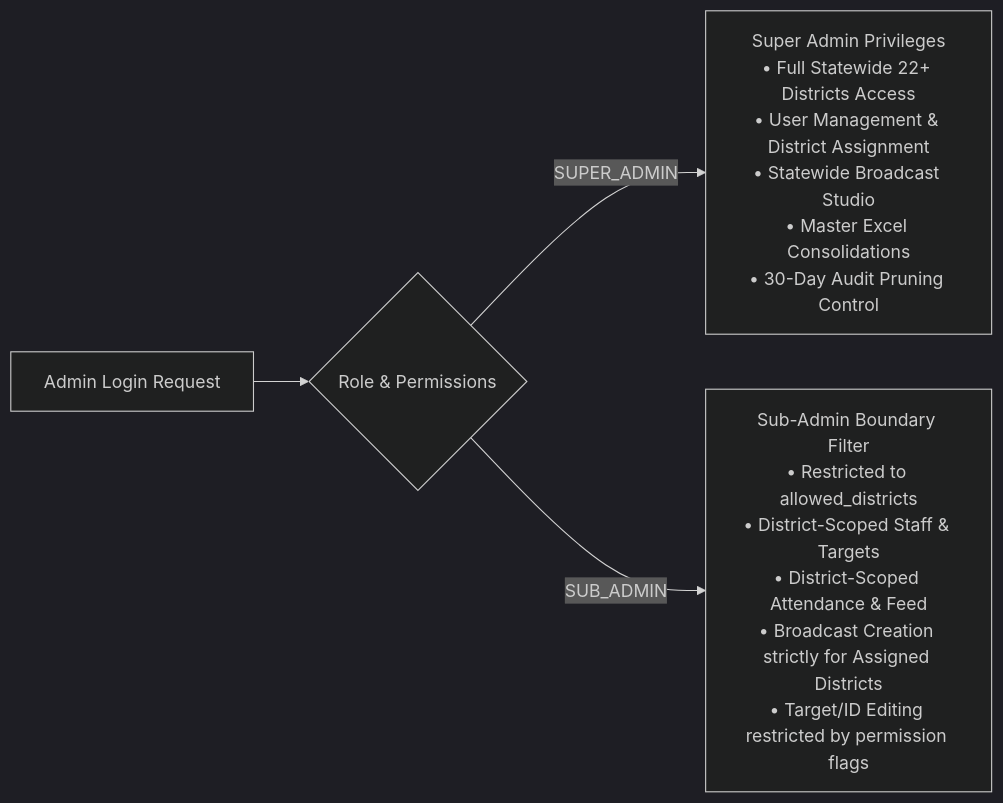
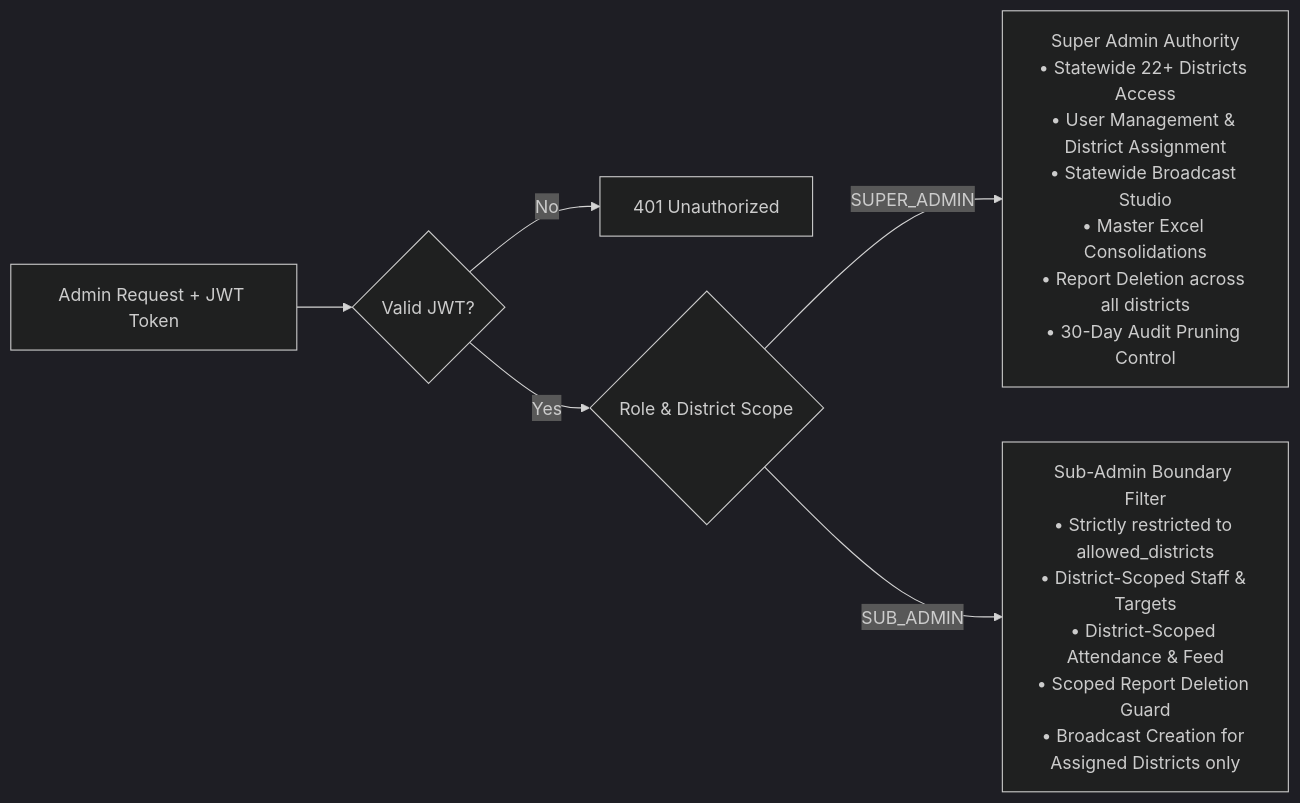
The third of 3 diagrams in ARCHITECTURE.md (evilsaurav/dfy-mis-app), drawn with Mermaid (dark theme) before and after one commit. The commit also changed other lines of this file and 2 other files, not shown here.

Commit message:
docs: update ARCHITECTURE.md, DESIGN.md, and README.md with offline PIN, morning rollover, force-refresh, rollups, and day deletion

````diff
--- a/ARCHITECTURE.md
+++ b/ARCHITECTURE.md
@@ -214,6 +189,8 @@
 ```mermaid
 flowchart LR
-    User[Admin Login Request] --> CheckRole{Role & Permissions}
-    CheckRole -->|SUPER_ADMIN| SuperAccess["Super Admin Privileges<br/>• Full Statewide 22+ Districts Access<br/>• User Management & District Assignment<br/>• Statewide Broadcast Studio<br/>• Master Excel Consolidations<br/>• 30-Day Audit Pruning Control"]
-    CheckRole -->|SUB_ADMIN| SubFilter["Sub-Admin Boundary Filter<br/>• Restricted to allowed_districts<br/>• District-Scoped Staff & Targets<br/>• District-Scoped Attendance & Feed<br/>• Broadcast Creation strictly for Assigned Districts<br/>• Target/ID Editing restricted by permission flags"]
+    User[Admin Request + JWT Token] --> VerifyToken{Valid JWT?}
+    VerifyToken -->|No| Reject[401 Unauthorized]
+    VerifyToken -->|Yes| CheckRole{Role & District Scope}
+    CheckRole -->|SUPER_ADMIN| SuperAccess["Super Admin Authority<br/>• Statewide 22+ Districts Access<br/>• User Management & District Assignment<br/>• Statewide Broadcast Studio<br/>• Master Excel Consolidations<br/>• Report Deletion across all districts<br/>• 30-Day Audit Pruning Control"]
+    CheckRole -->|SUB_ADMIN| SubFilter["Sub-Admin Boundary Filter<br/>• Strictly restricted to allowed_districts<br/>• District-Scoped Staff & Targets<br/>• District-Scoped Attendance & Feed<br/>• Scoped Report Deletion Guard<br/>• Broadcast Creation for Assigned Districts only"]
 ```
````
